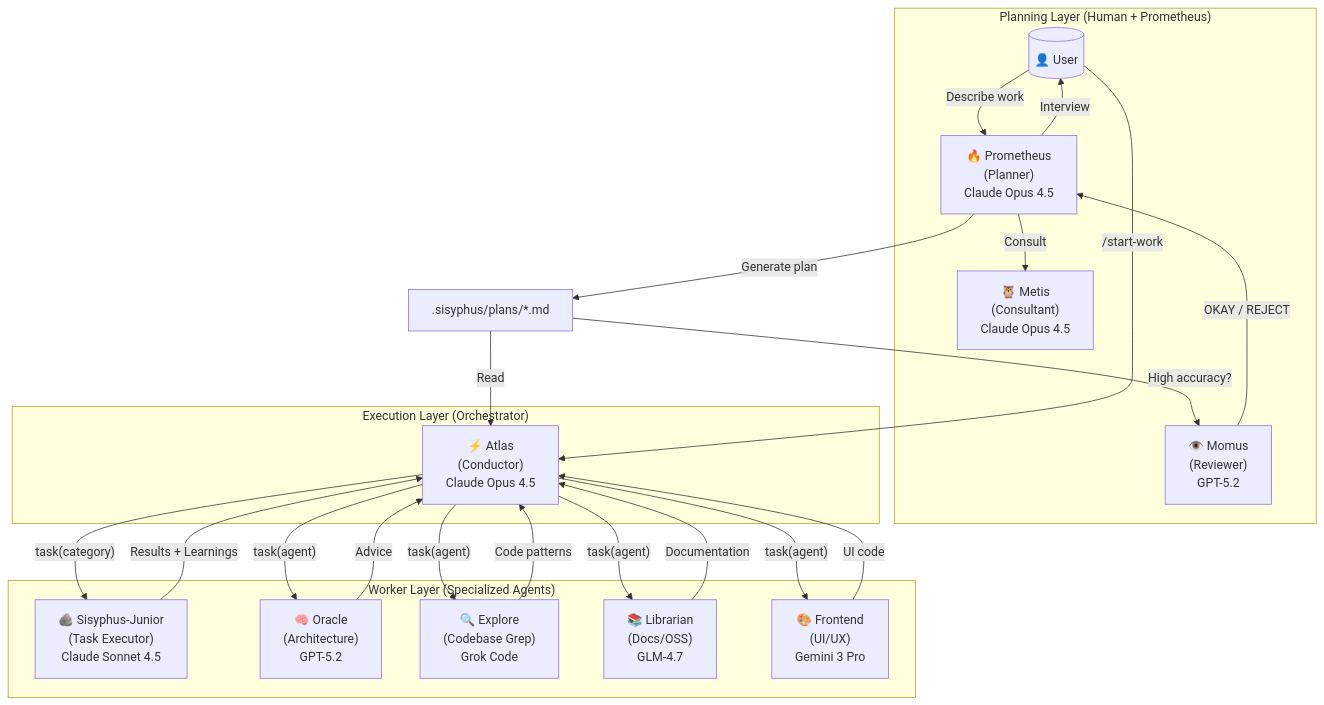
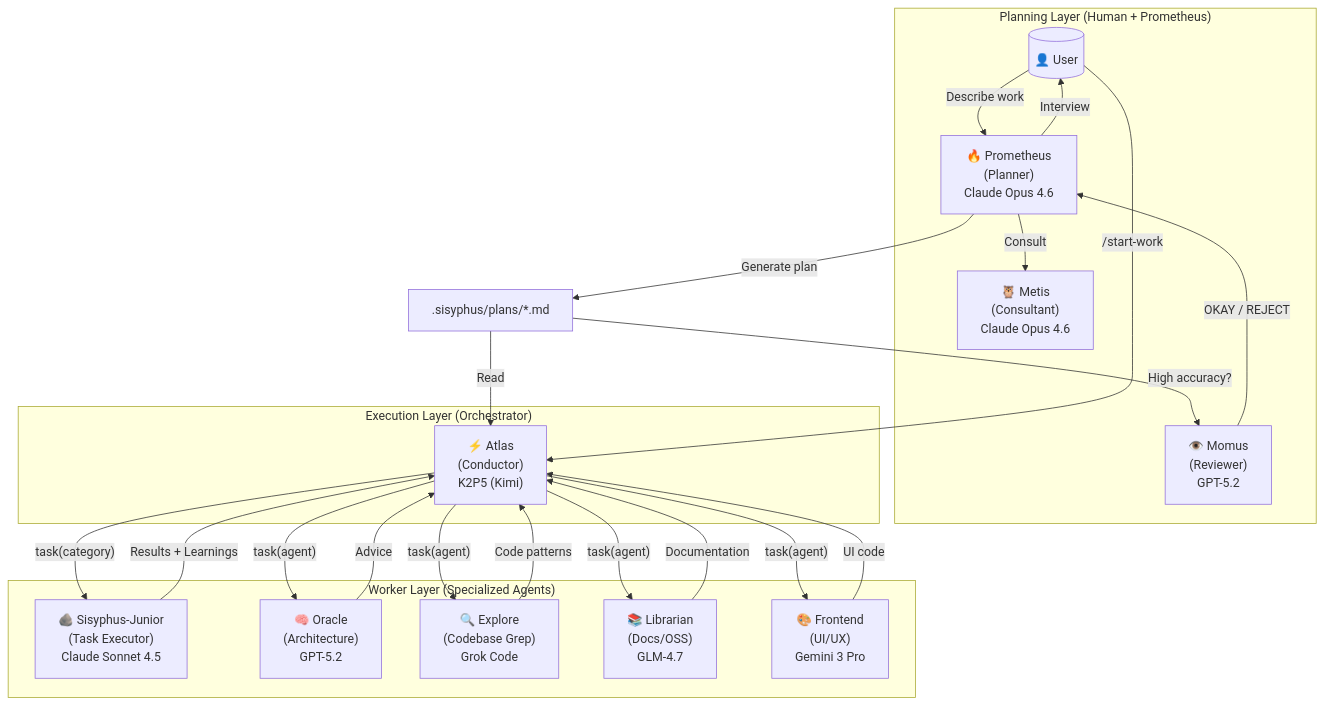
Before and after one commit to bannert1337/agent-core: the first of 4 diagrams in docs/guide/understanding-orchestration-system.md, drawn with Mermaid. The commit also changed other lines of this file and 4 other files, not shown here.

Commit message:
docs: fix model references across guide docs (Opus 4.5→4.6, GPT-5.2 Codex→5.3, Atlas model, add deep category, fix dot notation)

````diff
--- a/docs/guide/understanding-orchestration-system.md
+++ b/docs/guide/understanding-orchestration-system.md
@@ -22,43 +22,43 @@
 ```mermaid
 flowchart TB
     subgraph Planning["Planning Layer (Human + Prometheus)"]
         User[("👤 User")]
-        Prometheus["🔥 Prometheus<br/>(Planner)<br/>Claude Opus 4.5"]
-        Metis["🦉 Metis<br/>(Consultant)<br/>Claude Opus 4.5"]
+        Prometheus["🔥 Prometheus<br/>(Planner)<br/>Claude Opus 4.6"]
+        Metis["🦉 Metis<br/>(Consultant)<br/>Claude Opus 4.6"]
         Momus["👁️ Momus<br/>(Reviewer)<br/>GPT-5.2"]
     end
     
     subgraph Execution["Execution Layer (Orchestrator)"]
-        Orchestrator["⚡ Atlas<br/>(Conductor)<br/>Claude Opus 4.5"]
+        Orchestrator["⚡ Atlas<br/>(Conductor)<br/>K2P5 (Kimi)"]
     end
     
     subgraph Workers["Worker Layer (Specialized Agents)"]
         Junior["🪨 Sisyphus-Junior<br/>(Task Executor)<br/>Claude Sonnet 4.5"]
         Oracle["🧠 Oracle<br/>(Architecture)<br/>GPT-5.2"]
         Explore["🔍 Explore<br/>(Codebase Grep)<br/>Grok Code"]
         Librarian["📚 Librarian<br/>(Docs/OSS)<br/>GLM-4.7"]
         Frontend["🎨 Frontend<br/>(UI/UX)<br/>Gemini 3 Pro"]
     end
     
     User -->|"Describe work"| Prometheus
     Prometheus -->|"Consult"| Metis
     Prometheus -->|"Interview"| User
     Prometheus -->|"Generate plan"| Plan[".sisyphus/plans/*.md"]
     Plan -->|"High accuracy?"| Momus
     Momus -->|"OKAY / REJECT"| Prometheus
     
     User -->|"/start-work"| Orchestrator
     Plan -->|"Read"| Orchestrator
     
     Orchestrator -->|"task(category)"| Junior
     Orchestrator -->|"task(agent)"| Oracle
     Orchestrator -->|"task(agent)"| Explore
     Orchestrator -->|"task(agent)"| Librarian
     Orchestrator -->|"task(agent)"| Frontend
     
     Junior -->|"Results + Learnings"| Orchestrator
     Oracle -->|"Advice"| Orchestrator
     Explore -->|"Code patterns"| Orchestrator
     Librarian -->|"Documentation"| Orchestrator
     Frontend -->|"UI code"| Orchestrator
 ```
````
